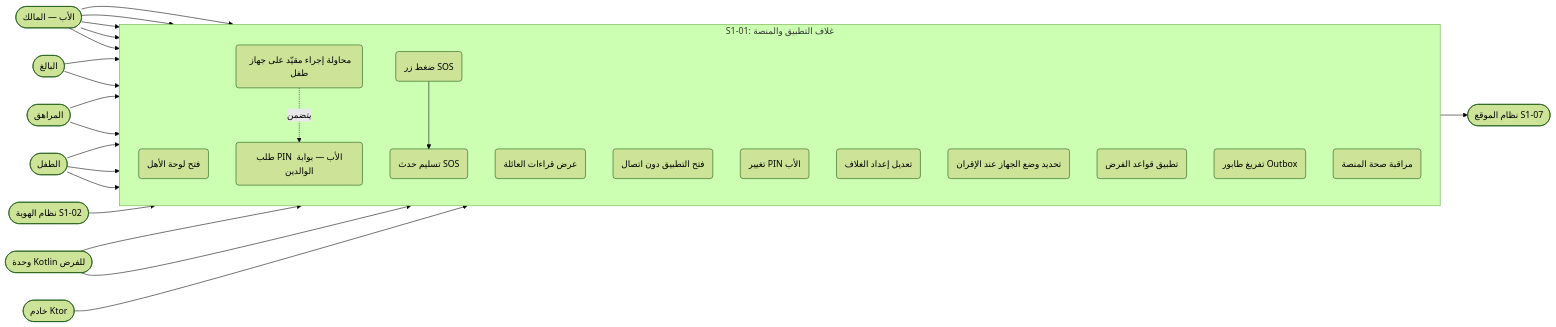
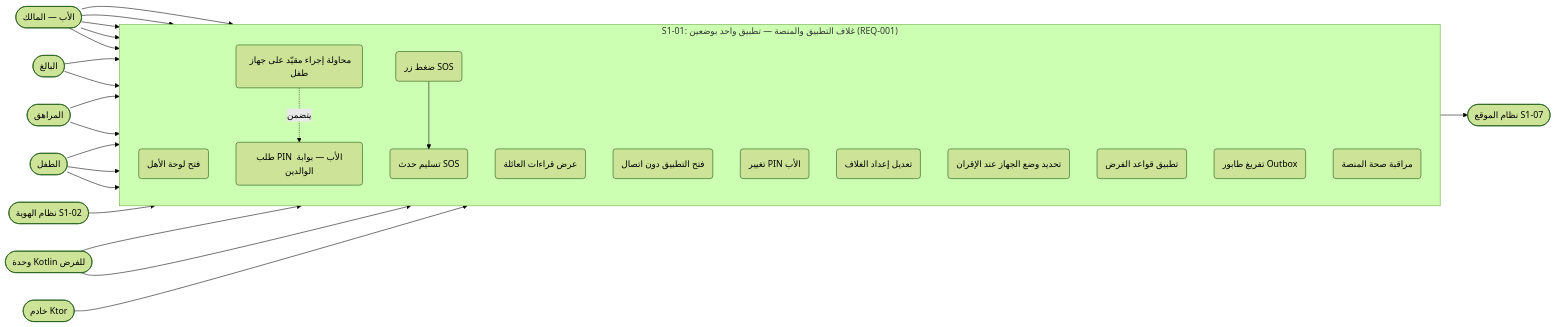
The first of 13 diagrams in docs/family-os/governance/phases/phase-1/S1-01-app-shell-and-platform/DIAGRAMS.md (Bassam-mohammed-alqaeadi/family-os-v2), drawn with Mermaid (forest theme) before and after one commit. The commit also changed other lines of this file and 10 other files, not shown here.

Commit message:
إغلاق المراجعة الشاملة R1–R5 (Q-196…Q-231) — المخططات DIAGRAMS + خريطة السياق (2/4)

````diff
--- a/docs/family-os/governance/phases/phase-1/S1-01-app-shell-and-platform/DIAGRAMS.md
+++ b/docs/family-os/governance/phases/phase-1/S1-01-app-shell-and-platform/DIAGRAMS.md
@@ -14,48 +14,48 @@
 ```mermaid
 flowchart LR
     Father([الأب — المالك])
     Adult([البالغ])
     Teen([المراهق])
     Child([الطفل])
     Kotlin([وحدة Kotlin للفرض])
     Server([خادم Ktor])
     S102([نظام الهوية S1-02])
     S107([نظام الموقع S1-07])
 
-    subgraph S101 [S1-01: غلاف التطبيق والمنصة]
+    subgraph S101 ["S1-01: غلاف التطبيق والمنصة — تطبيق واحد بوضعين (REQ-001)"]
         direction TB
         UC1(فتح لوحة الأهل)
         UC2(عرض قراءات العائلة)
         UC3(ضغط زر SOS)
         UC4(فتح التطبيق دون اتصال)
         UC5(محاولة إجراء مقيّد على جهاز طفل)
         UC6(طلب PIN الأب — بوابة الوالدين)
         UC7(تغيير PIN الأب)
         UC8(تعديل إعداد الغلاف)
         UC9(تحديد وضع الجهاز عند الإقران)
         UC10(تطبيق قواعد الفرض)
         UC11(تفريغ طابور Outbox)
         UC12(مراقبة صحة المنصة)
         UC13(تسليم حدث SOS)
     end
 
     Father --> UC1
     Father --> UC2
     Father --> UC3
     Father --> UC7
     Father --> UC8
     Adult --> UC1
     Adult --> UC3
     Teen --> UC3
     Teen --> UC4
     Child --> UC3
     Child --> UC4
     Child --> UC5
     UC5 -.->|يتضمن| UC6
     S102 --> UC9
     Kotlin --> UC10
     Kotlin --> UC12
     Server --> UC11
     UC3 --> UC13
     UC13 --> S107
 ```
````
